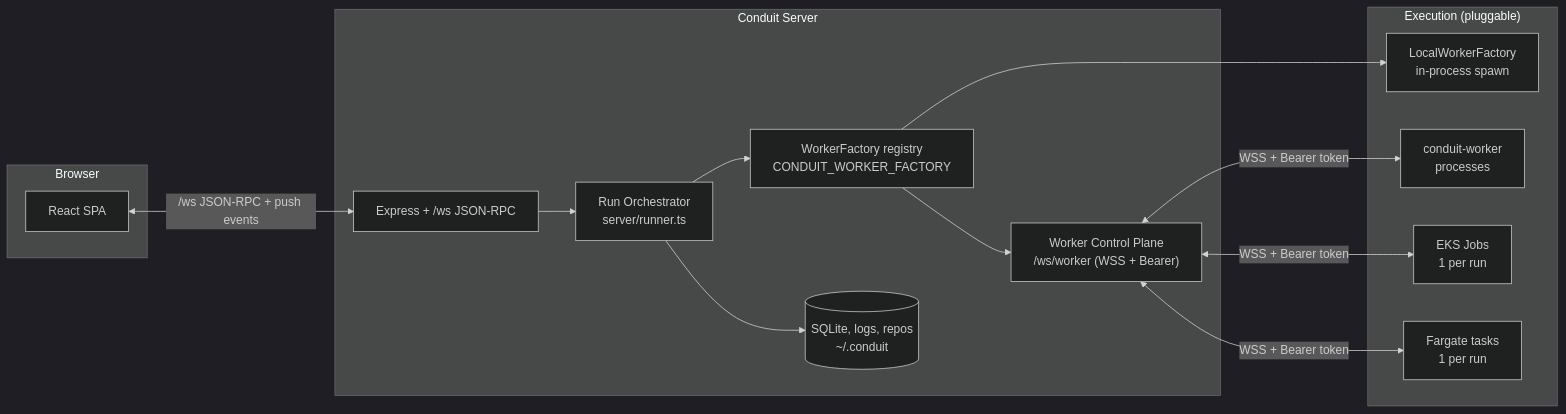
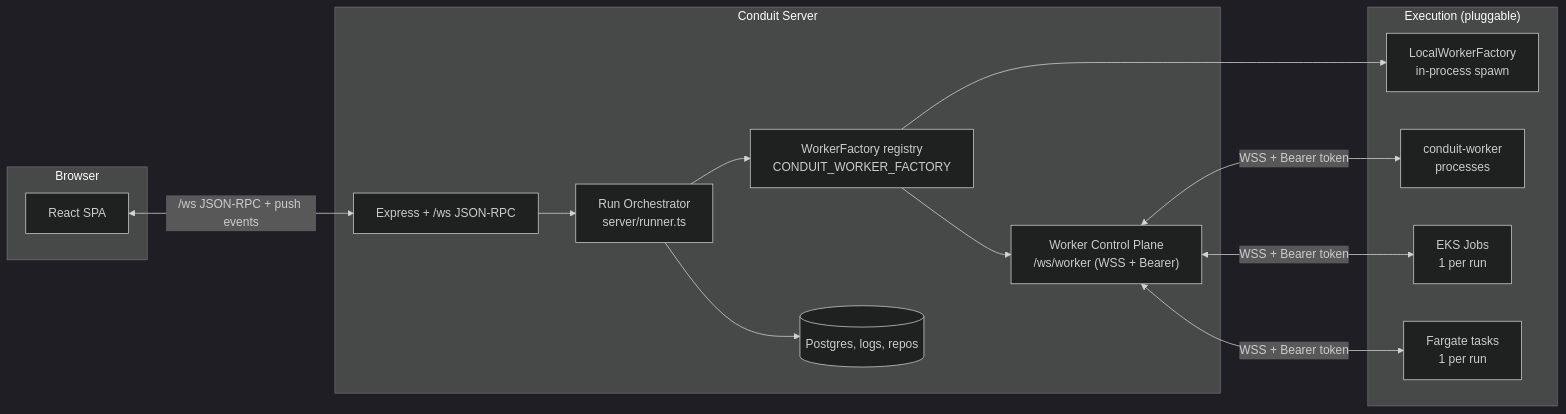
One commit to dougrathbone/conduit changed the first of 3 diagrams in README.md. Above: the diagram before and after it, drawn with Mermaid (dark theme). The commit also changed other lines of this file, not shown here.

````diff
--- a/README.md
+++ b/README.md
@@ -40,28 +85,28 @@
 ```mermaid
 flowchart LR
     subgraph Browser
         UI["React SPA"]
     end
     subgraph Server["Conduit Server"]
         API["Express + /ws JSON-RPC"]
         ORCH["Run Orchestrator<br/>server/runner.ts"]
         REG["WorkerFactory registry<br/>CONDUIT_WORKER_FACTORY"]
         CP["Worker Control Plane<br/>/ws/worker (WSS + Bearer)"]
-        DB[("SQLite, logs, repos<br/>~/.conduit")]
+        DB[("Postgres, logs, repos")]
     end
     subgraph Exec["Execution (pluggable)"]
         LOCAL["LocalWorkerFactory<br/>in-process spawn"]
         REMOTE["conduit-worker<br/>processes"]
         EKS["EKS Jobs<br/>1 per run"]
         FARG["Fargate tasks<br/>1 per run"]
     end
     UI <-->|"/ws JSON-RPC + push events"| API
     API --> ORCH
     ORCH --> REG
     ORCH --> DB
     REG --> LOCAL
     REG --> CP
     CP <-->|"WSS + Bearer token"| REMOTE
     CP <-->|"WSS + Bearer token"| EKS
     CP <-->|"WSS + Bearer token"| FARG
 ```
````
